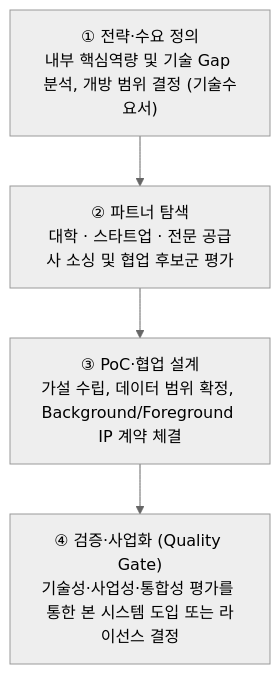
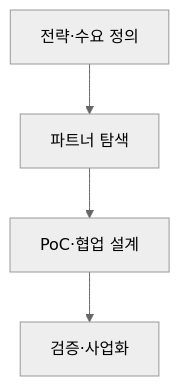
The second of 3 diagrams in src/content/docs/notes/itpe/01-it-strategy/114_open_innovation.md (agnusdei1207/study), drawn with Mermaid (neutral theme) before and after one commit. The commit also changed other lines of this file and 18 other files, not shown here.

````diff
--- a/src/content/docs/notes/itpe/01-it-strategy/114_open_innovation.md
+++ b/src/content/docs/notes/itpe/01-it-strategy/114_open_innovation.md
@@ -90,8 +89,4 @@
 ```mermaid
 flowchart TD
-    S1["① 전략·수요 정의<br/>내부 핵심역량 및 기술 Gap 분석, 개방 범위 결정 (기술수요서)"]
-    S2["② 파트너 탐색<br/>대학 · 스타트업 · 전문 공급사 소싱 및 협업 후보군 평가"]
-    S3["③ PoC·협업 설계<br/>가설 수립, 데이터 범위 확정, Background/Foreground IP 계약 체결"]
-    S4["④ 검증·사업화 (Quality Gate)<br/>기술성·사업성·통합성 평가를 통한 본 시스템 도입 또는 라이선스 결정"]
-    S1 --> S2 --> S3 --> S4
+    S1["전략·수요 정의"] --> S2["파트너 탐색"] --> S3["PoC·협업 설계"] --> S4["검증·사업화"]
 ```
````
